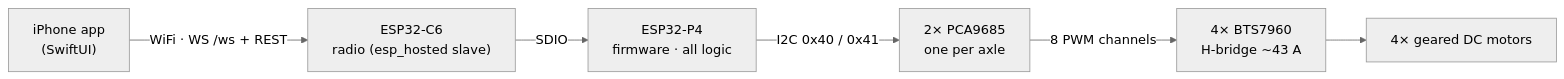
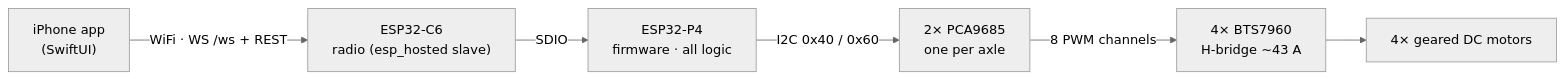
One commit to ajohnson-smarthome/AJMiddleCar changed the diagram in README.md. Above: the diagram before and after it, drawn with Mermaid (neutral theme). The commit also changed 3 other files, not shown here.

````diff
--- a/README.md
+++ b/README.md
@@ -28,8 +28,8 @@
 ```mermaid
 flowchart LR
     A["iPhone app<br/>(SwiftUI)"] -->|"WiFi · WS /ws + REST"| R["ESP32-C6<br/>radio (esp_hosted slave)"]
     R -->|"SDIO"| B["ESP32-P4<br/>firmware · all logic"]
-    B -->|"I2C 0x40 / 0x41"| C["2× PCA9685<br/>one per axle"]
+    B -->|"I2C 0x40 / 0x60"| C["2× PCA9685<br/>one per axle"]
     C -->|"8 PWM channels"| D["4× BTS7960<br/>H-bridge ~43 A"]
     D --> E["4× geared DC motors"]
 ```
````
